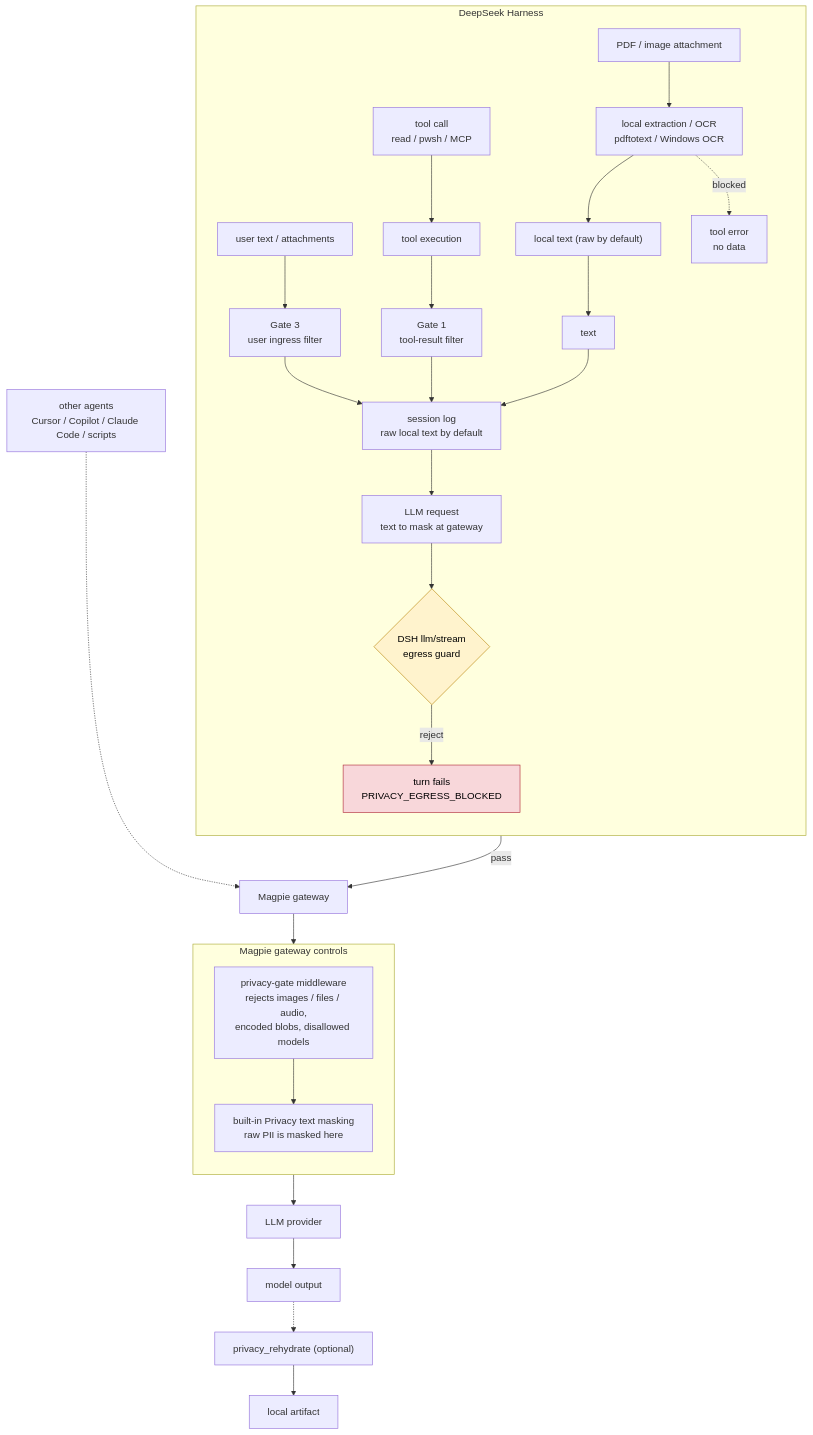
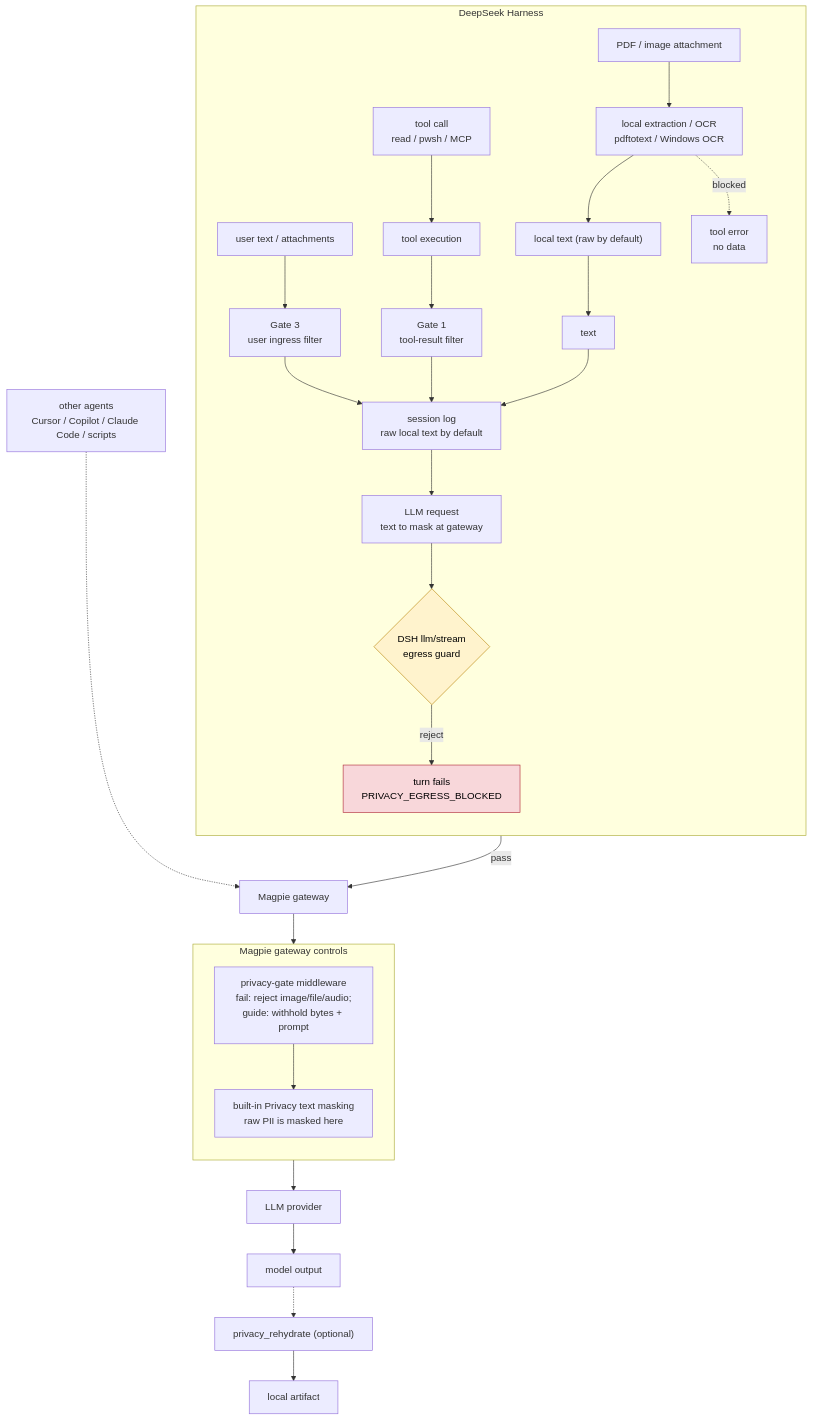
Before and after one commit to siml1169/ShyPie: the diagram in README.md, drawn with Mermaid. The commit also changed other lines of this file and 7 other files, not shown here.

````diff
--- a/README.md
+++ b/README.md
@@ -44,36 +48,36 @@
 ```mermaid
 flowchart TB
   subgraph DSH[DeepSeek Harness]
     direction TB
     U["user text / attachments"] --> G3["Gate 3<br/>user ingress filter"]
     T["tool call<br/>read / pwsh / MCP"] --> TOOL["tool execution"]
     TOOL --> G1["Gate 1<br/>tool-result filter"]
     PDF["PDF / image attachment"] --> EXT["local extraction / OCR<br/>pdftotext / Windows OCR"]
     EXT --> RED["local text (raw by default)"]
     RED --> PH["text"]
     EXT -.->|blocked| ERR["tool error<br/>no data"]
     G3 --> LOG["session log<br/>raw local text by default"]
     G1 --> LOG
     PH --> LOG
     LOG --> REQ["LLM request<br/>text to mask at gateway"]
     REQ --> EG{"DSH llm/stream<br/>egress guard"}
     EG -->|reject| BLOCK["turn fails<br/>PRIVACY_EGRESS_BLOCKED"]
   end
   subgraph MAGPIE[Magpie gateway controls]
     direction TB
-    MW["privacy-gate middleware<br/>rejects images / files / audio,<br/>encoded blobs, disallowed models"]
+    MW["privacy-gate middleware<br/>fail: reject image/file/audio;<br/>guide: withhold bytes + prompt"]
     MASK["built-in Privacy text masking<br/>raw PII is masked here"]
     MW --> MASK
   end
   EG -->|pass| GW["Magpie gateway"]
   GW --> MW
   MASK --> LLM["LLM provider"]
   OTHER["other agents<br/>Cursor / Copilot / Claude Code / scripts"] -.-> GW
   LLM --> OUT["model output"]
   OUT -.-> RH["privacy_rehydrate (optional)"]
   RH --> ART["local artifact"]
   classDef gate fill:#fff3cd,stroke:#b8860b,color:#000
   classDef reject fill:#f8d7da,stroke:#b02a37,color:#000
   class EG gate
   class BLOCK reject
 ```
````
